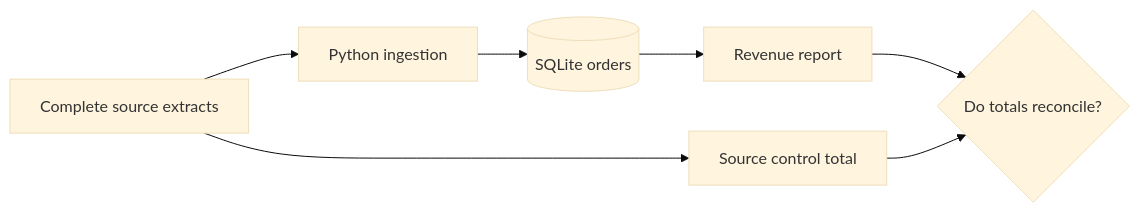
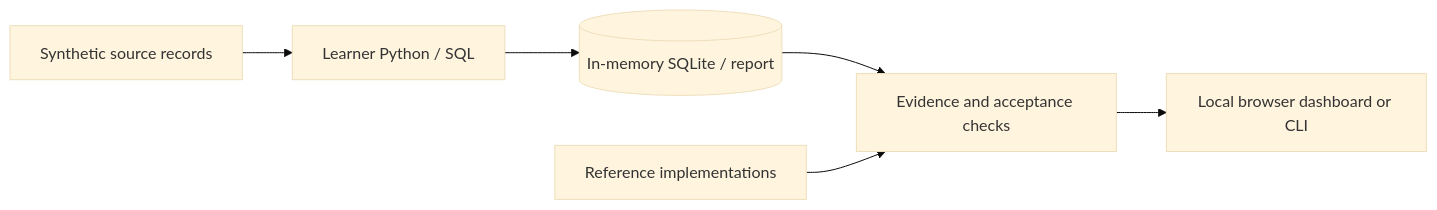
One commit to YECA2K/missing-revenue-lab changed the diagram in README.md. Above: the diagram before and after it, drawn with Mermaid (base theme). The commit also changed other lines of this file and 44 other files, not shown here.

````diff
--- a/README.md
+++ b/README.md
@@ -19,9 +118,8 @@
 ```mermaid
 flowchart LR
-    A[Complete source extracts] --> B[Python ingestion]
-    B --> C[(SQLite orders)]
-    C --> D[Revenue report]
-    A --> E[Source control total]
-    D --> F{Do totals reconcile?}
-    E --> F
+    A[Synthetic source records] --> B[Learner Python / SQL]
+    B --> C[(In-memory SQLite / report)]
+    C --> D[Evidence and acceptance checks]
+    D --> E[Local browser dashboard or CLI]
+    F[Reference implementations] --> D
 ```
````
